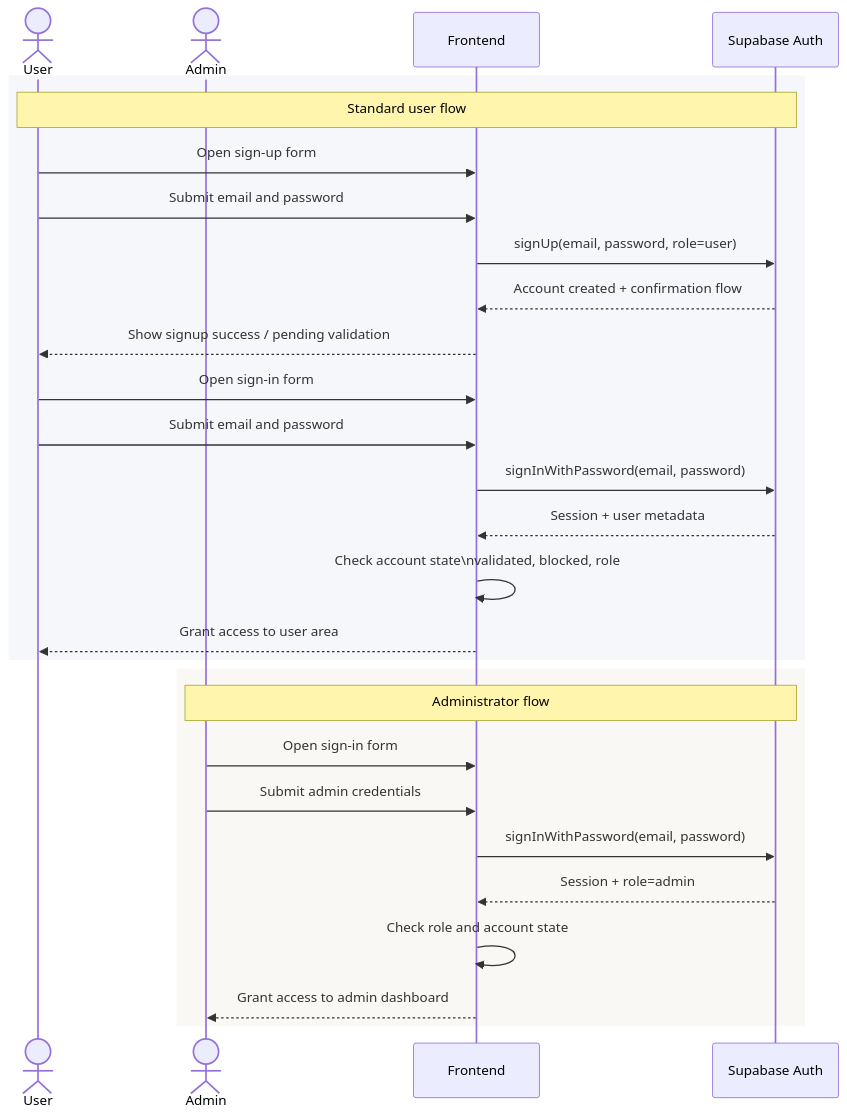
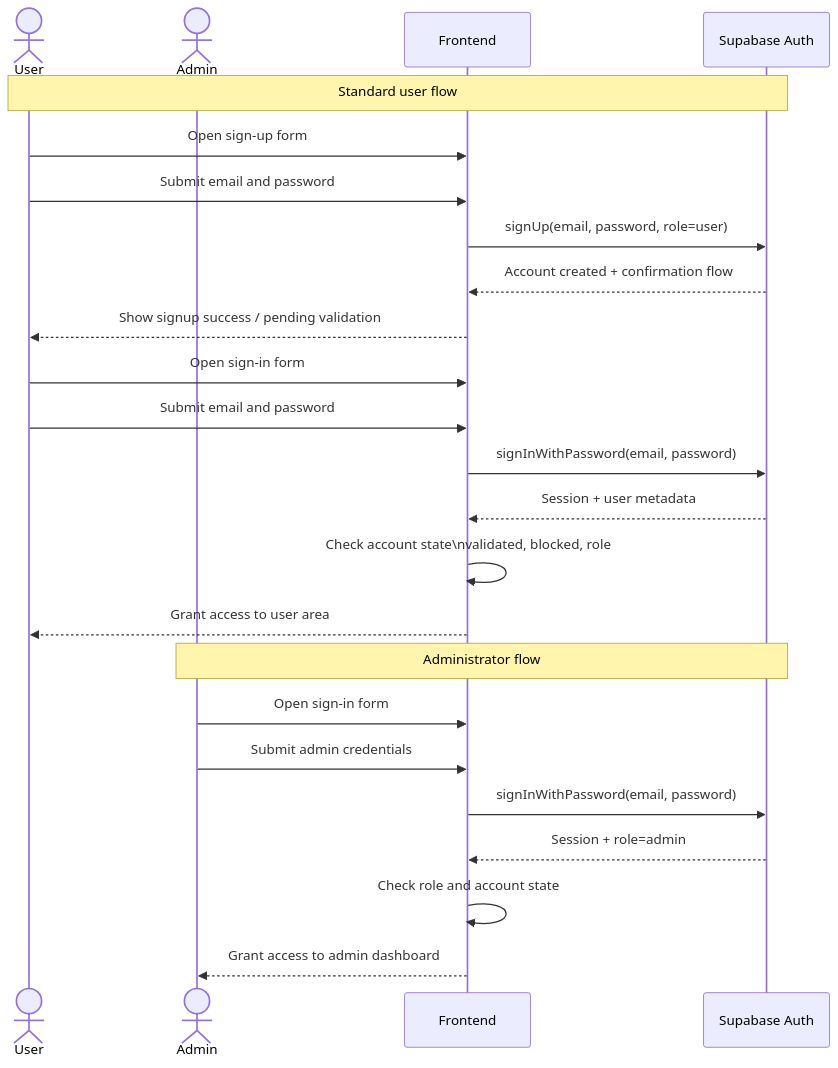
The diagram in docs/diagrams/authentication-sequence-diagram.md (nessimhjaiej/Agent), drawn with Mermaid before and after one commit.

Commit message:
changed the authentification sequence

````diff
--- a/docs/diagrams/authentication-sequence-diagram.md
+++ b/docs/diagrams/authentication-sequence-diagram.md
@@ -3,33 +3,29 @@
 ```mermaid
 sequenceDiagram
     actor User
     actor Admin
     participant Frontend
     participant Supabase as Supabase Auth
 
-    rect rgb(245, 247, 250)
-        note over User,Supabase: Standard user flow
-        User->>Frontend: Open sign-up form
-        User->>Frontend: Submit email and password
-        Frontend->>Supabase: signUp(email, password, role=user)
-        Supabase-->>Frontend: Account created + confirmation flow
-        Frontend-->>User: Show signup success / pending validation
+    note over User,Supabase: Standard user flow
+    User->>Frontend: Open sign-up form
+    User->>Frontend: Submit email and password
+    Frontend->>Supabase: signUp(email, password, role=user)
+    Supabase-->>Frontend: Account created + confirmation flow
+    Frontend-->>User: Show signup success / pending validation
 
-        User->>Frontend: Open sign-in form
-        User->>Frontend: Submit email and password
-        Frontend->>Supabase: signInWithPassword(email, password)
-        Supabase-->>Frontend: Session + user metadata
-        Frontend->>Frontend: Check account state\nvalidated, blocked, role
-        Frontend-->>User: Grant access to user area
-    end
+    User->>Frontend: Open sign-in form
+    User->>Frontend: Submit email and password
+    Frontend->>Supabase: signInWithPassword(email, password)
+    Supabase-->>Frontend: Session + user metadata
+    Frontend->>Frontend: Check account state\nvalidated, blocked, role
+    Frontend-->>User: Grant access to user area
 
-    rect rgb(250, 248, 245)
-        note over Admin,Supabase: Administrator flow
-        Admin->>Frontend: Open sign-in form
-        Admin->>Frontend: Submit admin credentials
-        Frontend->>Supabase: signInWithPassword(email, password)
-        Supabase-->>Frontend: Session + role=admin
-        Frontend->>Frontend: Check role and account state
-        Frontend-->>Admin: Grant access to admin dashboard
-    end
+    note over Admin,Supabase: Administrator flow
+    Admin->>Frontend: Open sign-in form
+    Admin->>Frontend: Submit admin credentials
+    Frontend->>Supabase: signInWithPassword(email, password)
+    Supabase-->>Frontend: Session + role=admin
+    Frontend->>Frontend: Check role and account state
+    Frontend-->>Admin: Grant access to admin dashboard
 ```
````
